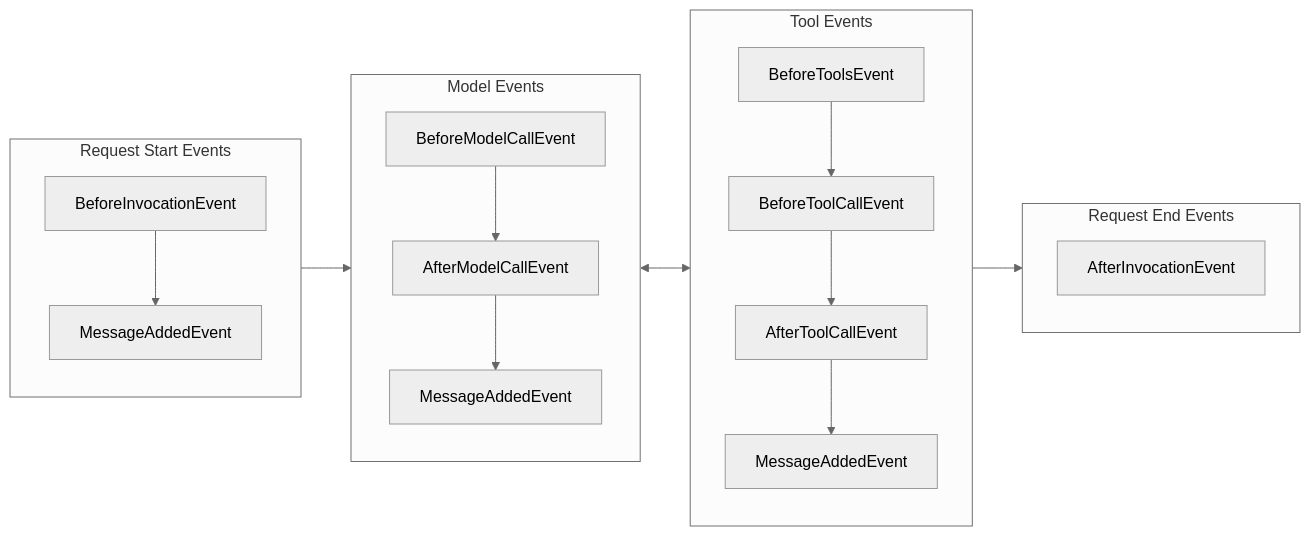
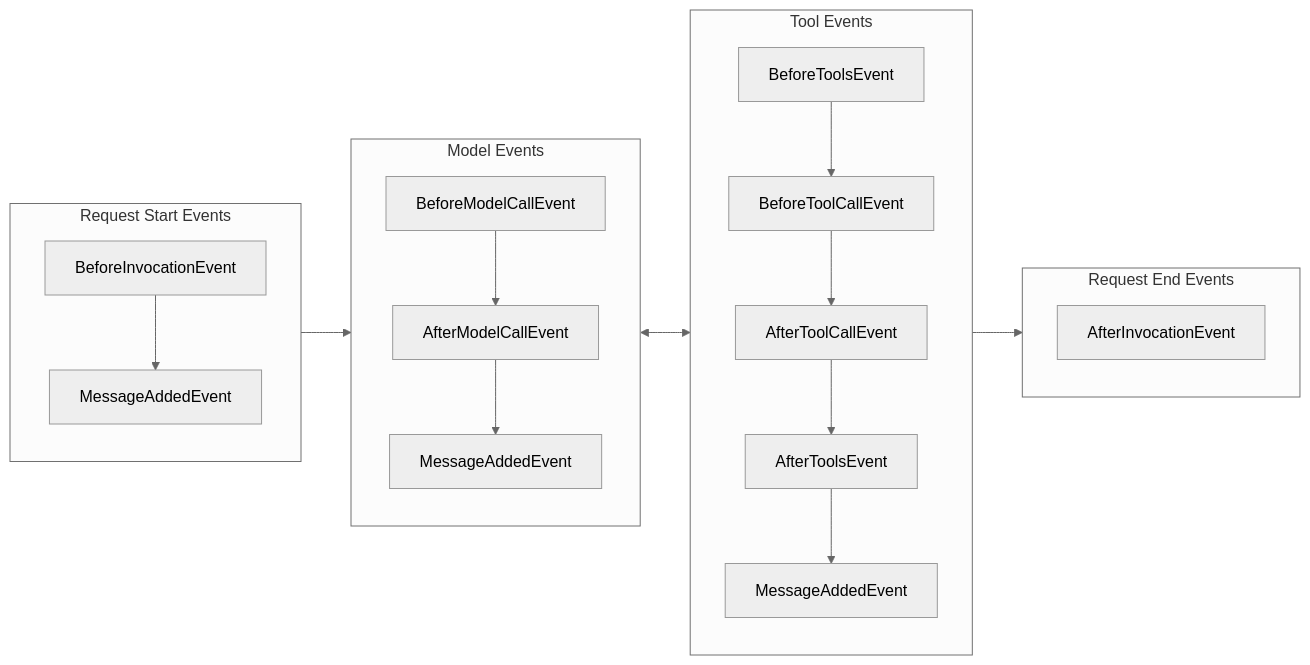
The first of 4 diagrams in site/src/content/docs/user-guide/concepts/agents/hooks.mdx (strands-agents/sdk-python), drawn with Mermaid (neutral theme) before and after one commit. The commit also changed other lines of this file and 1 other file, not shown here.

Commit message:
docs(python): document AfterToolsEvent batch hook
Add the Python-facing documentation for the AfterToolsEvent batch hook
ported in strands-agents/harness-sdk#3497: list the event and its
mutable end_turn field in the hooks reference, add it to the Python
lifecycle diagram, and document the per-tool-interrupt / always-fires
interaction in the interrupts guide.

````diff
--- a/site/src/content/docs/user-guide/concepts/agents/hooks.mdx
+++ b/site/src/content/docs/user-guide/concepts/agents/hooks.mdx
@@ -137,34 +137,36 @@
 ```mermaid
 flowchart LR
  subgraph Start["Request Start Events"]
     direction TB
         BeforeInvocationEvent["BeforeInvocationEvent"]
         StartMessage["MessageAddedEvent"]
         BeforeInvocationEvent --> StartMessage
   end
  subgraph Model["Model Events"]
     direction TB
         BeforeModelCallEvent["BeforeModelCallEvent"]
         AfterModelCallEvent["AfterModelCallEvent"]
         ModelMessage["MessageAddedEvent"]
         BeforeModelCallEvent --> AfterModelCallEvent
         AfterModelCallEvent --> ModelMessage
   end
   subgraph Tool["Tool Events"]
     direction TB
         BeforeToolsEvent["BeforeToolsEvent"]
         BeforeToolCallEvent["BeforeToolCallEvent"]
         AfterToolCallEvent["AfterToolCallEvent"]
+        AfterToolsEvent["AfterToolsEvent"]
         ToolMessage["MessageAddedEvent"]
         BeforeToolsEvent --> BeforeToolCallEvent
         BeforeToolCallEvent --> AfterToolCallEvent
-        AfterToolCallEvent --> ToolMessage
+        AfterToolCallEvent --> AfterToolsEvent
+        AfterToolsEvent --> ToolMessage
   end
   subgraph End["Request End Events"]
     direction TB
         AfterInvocationEvent["AfterInvocationEvent"]
   end
 Start --> Model
 Model <--> Tool
 Tool --> End
 ```
````
